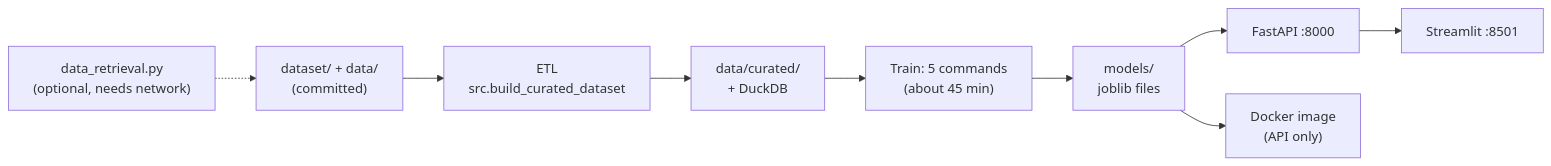
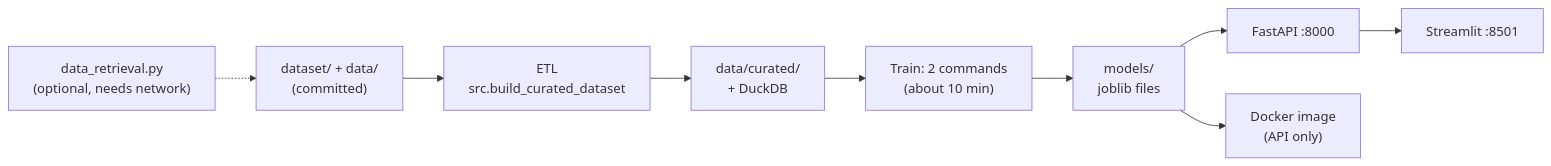
One commit to JuanVu1810/Australian-CPI-Forecast changed the diagram in README.md. Above: the diagram before and after it, drawn with Mermaid. The commit also changed other lines of this file and 107 other files, not shown here.

````diff
--- a/README.md
+++ b/README.md
@@ -53,11 +53,11 @@
 ```mermaid
 flowchart LR
     X["data_retrieval.py<br/>(optional, needs network)"] -.-> R["dataset/ + data/<br/>(committed)"]
     R --> E["ETL<br/>src.build_curated_dataset"]
     E --> C["data/curated/<br/>+ DuckDB"]
-    C --> T["Train: 5 commands<br/>(about 45 min)"]
+    C --> T["Train: 2 commands<br/>(about 10 min)"]
     T --> M["models/<br/>joblib files"]
     M --> A["FastAPI :8000"]
     A --> S["Streamlit :8501"]
     M --> D["Docker image<br/>(API only)"]
 ```
````
